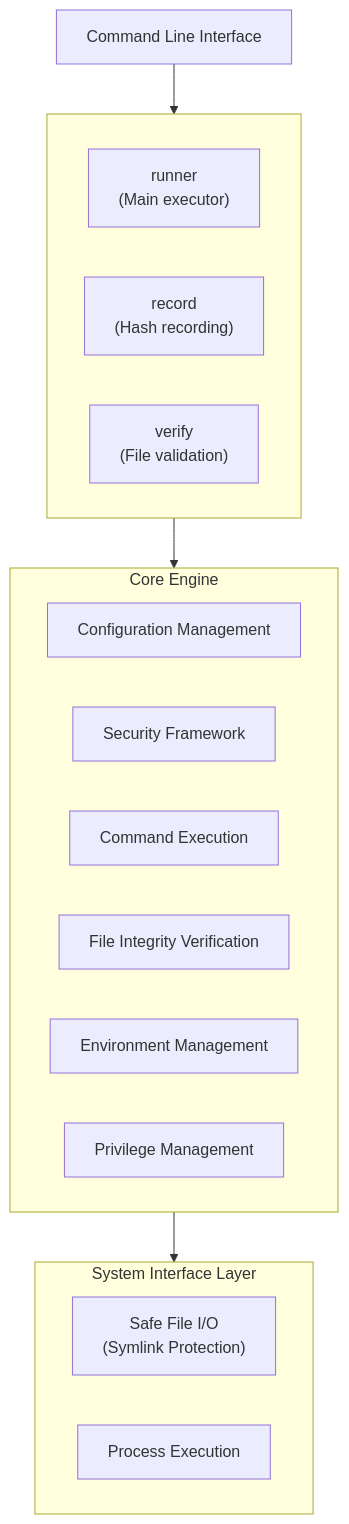
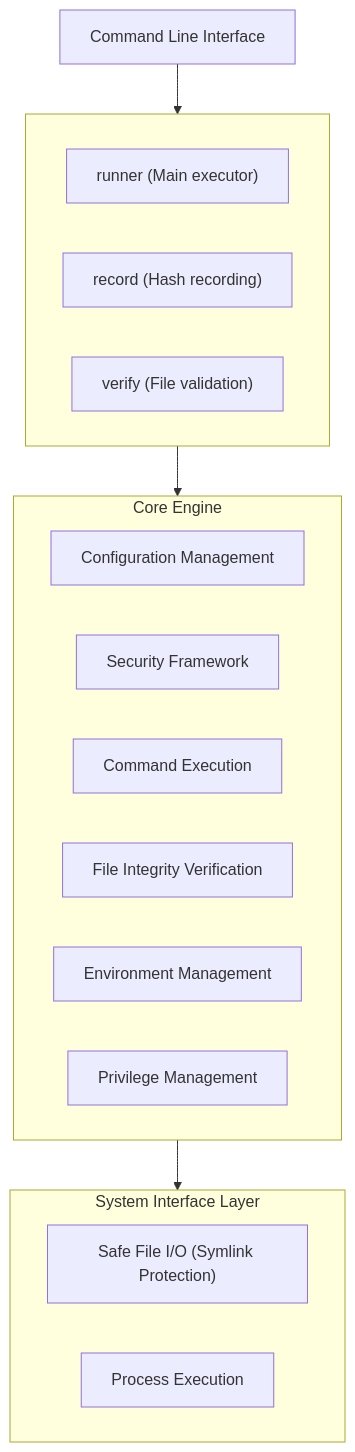
Before and after one commit to isseis/go-safe-cmd-runner: the diagram in docs/design-implementation-overview.md, drawn with Mermaid. The commit also changed 1 other file, not shown here.

Commit message:
docs: update architecture diagrams to mermaid format and fix label rendering
- Replace ASCII art diagrams with mermaid syntax in both English and Japanese design overview documents.
- Remove newline characters from node labels for correct rendering.
- Improves readability and maintainability of architecture documentation.

````diff
--- a/docs/design-implementation-overview.md
+++ b/docs/design-implementation-overview.md
@@ -17,24 +17,24 @@
 ```mermaid
 flowchart TD
     CLI["Command Line Interface"]
     subgraph CLI_Components[ ]
-        runner["runner\n(Main executor)"]
-        record["record\n(Hash recording)"]
-        verify["verify\n(File validation)"]
+        runner["runner (Main executor)"]
+        record["record (Hash recording)"]
+        verify["verify (File validation)"]
     end
     CLI --> CLI_Components
     CLI_Components --> CoreEngine
     subgraph CoreEngine["Core Engine"]
         config["Configuration Management"]
         security["Security Framework"]
         command["Command Execution"]
         integrity["File Integrity Verification"]
         env["Environment Management"]
         privilege["Privilege Management"]
     end
     CoreEngine --> SystemInterface
     subgraph SystemInterface["System Interface Layer"]
-        safeio["Safe File I/O\n(Symlink Protection)"]
+        safeio["Safe File I/O (Symlink Protection)"]
         process["Process Execution"]
     end
 ```
````
